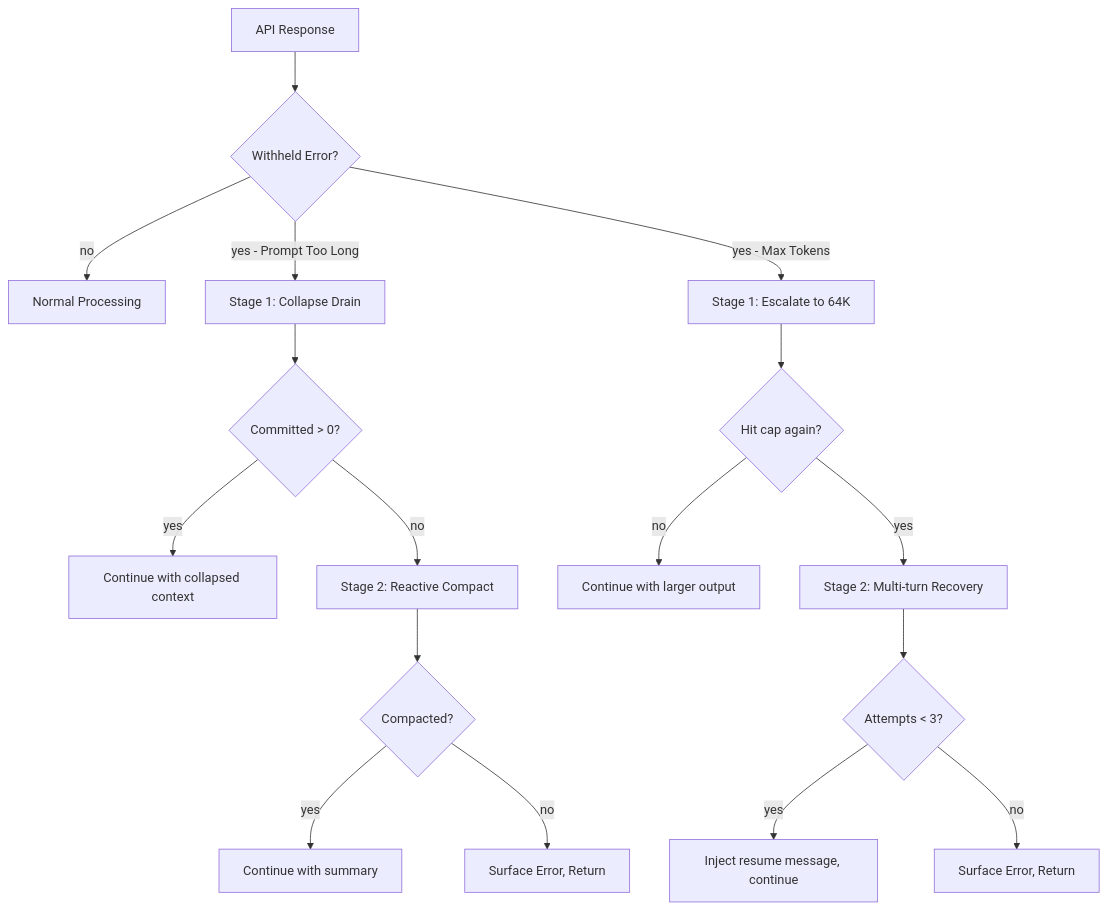
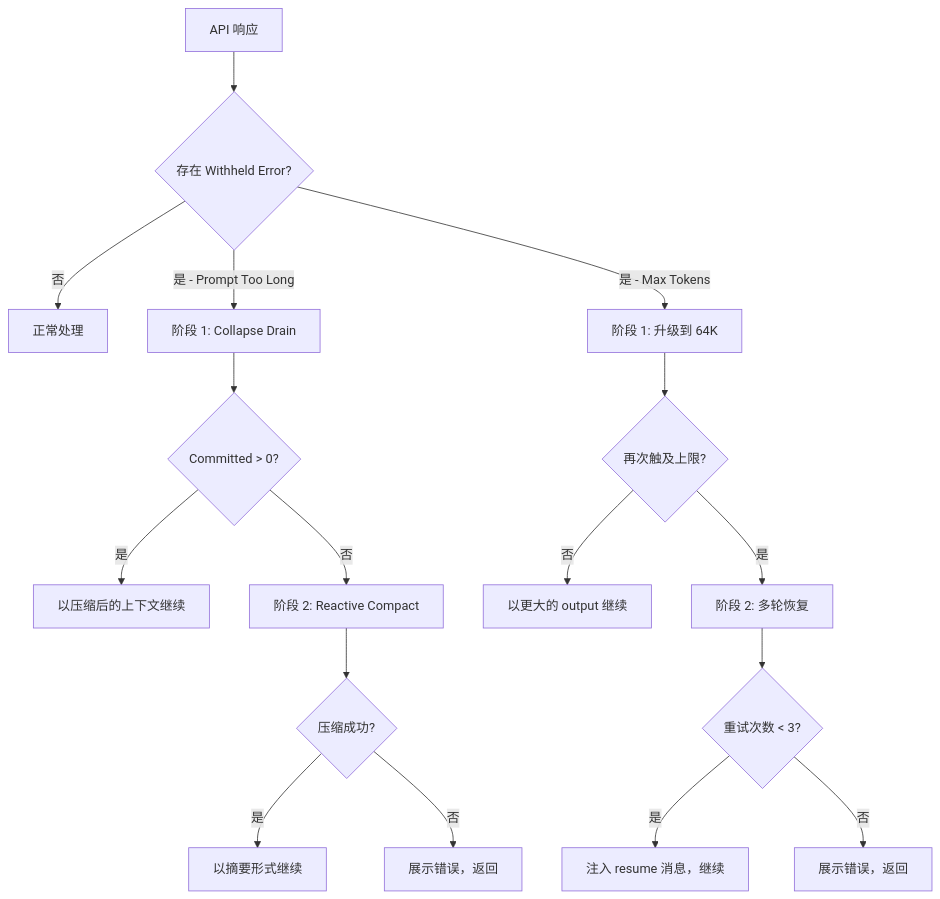
The eighth of 8 diagrams in docs/02-core-engine.md (wisdom-pan/claude-code-learning), drawn with Mermaid before and after one commit. The commit also changed other lines of this file and 4 other files, not shown here.

````diff
--- a/docs/02-core-engine.md
+++ b/docs/02-core-engine.md
@@ -795,20 +795,20 @@
 ```mermaid
 flowchart TD
-    A[API Response] --> B{Withheld Error?}
-    B -->|no| C[Normal Processing]
-    B -->|yes - Prompt Too Long| D[Stage 1: Collapse Drain]
+    A[API 响应] --> B{存在 Withheld Error?}
+    B -->|否| C[正常处理]
+    B -->|是 - Prompt Too Long| D[阶段 1: Collapse Drain]
     D --> E{Committed > 0?}
-    E -->|yes| F[Continue with collapsed context]
-    E -->|no| G[Stage 2: Reactive Compact]
-    G --> H{Compacted?}
-    H -->|yes| I[Continue with summary]
-    H -->|no| J[Surface Error, Return]
+    E -->|是| F[以压缩后的上下文继续]
+    E -->|否| G[阶段 2: Reactive Compact]
+    G --> H{压缩成功?}
+    H -->|是| I[以摘要形式继续]
+    H -->|否| J[展示错误，返回]
 
-    B -->|yes - Max Tokens| K[Stage 1: Escalate to 64K]
-    K --> L{Hit cap again?}
-    L -->|no| M[Continue with larger output]
-    L -->|yes| N[Stage 2: Multi-turn Recovery]
-    N --> O{Attempts < 3?}
-    O -->|yes| P[Inject resume message, continue]
-    O -->|no| Q[Surface Error, Return]
+    B -->|是 - Max Tokens| K[阶段 1: 升级到 64K]
+    K --> L{再次触及上限?}
+    L -->|否| M[以更大的 output 继续]
+    L -->|是| N[阶段 2: 多轮恢复]
+    N --> O{重试次数 < 3?}
+    O -->|是| P[注入 resume 消息，继续]
+    O -->|否| Q[展示错误，返回]
 ```
````
